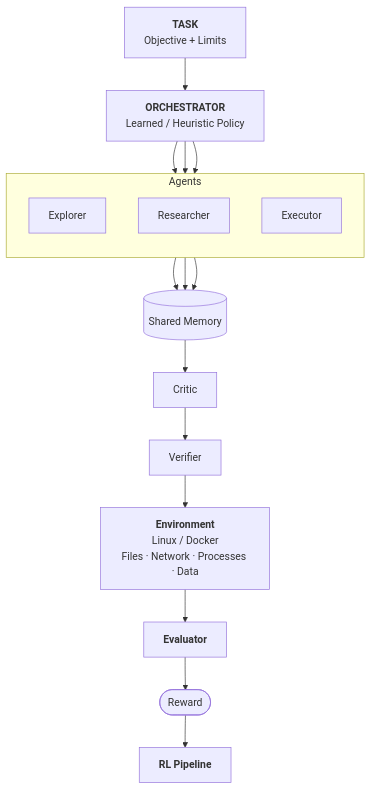
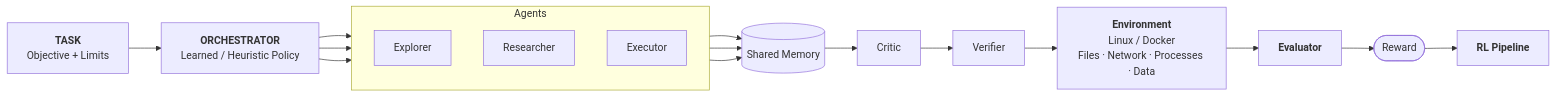
One commit to rahul02-dat/agent-arena changed the diagram in docs/agent_arena_research_platform.md. Above: the diagram before and after it, drawn with Mermaid.

````diff
--- a/docs/agent_arena_research_platform.md
+++ b/docs/agent_arena_research_platform.md
@@ -69,32 +69,32 @@
 ```mermaid
-flowchart TD
+flowchart LR
     Task["<b>TASK</b><br>Objective + Limits"]
     Orchestrator["<b>ORCHESTRATOR</b><br>Learned / Heuristic Policy"]
     subgraph Agents
         direction TB
         Explorer["Explorer"]
         Researcher["Researcher"]
         Executor["Executor"]
     end
     Memory[("Shared Memory")]
     Critic["Critic"]
     Verifier["Verifier"]
     Environment["<b>Environment</b><br>Linux / Docker<br>Files · Network · Processes · Data"]
     Evaluator["<b>Evaluator</b>"]
     Reward(["Reward"])
     RLPipeline["<b>RL Pipeline</b>"]
     
     Task --> Orchestrator
     Orchestrator --> Explorer
     Orchestrator --> Researcher
     Orchestrator --> Executor
     Explorer --> Memory
     Researcher --> Memory
     Executor --> Memory
     Memory --> Critic
     Critic --> Verifier
     Verifier --> Environment
     Environment --> Evaluator
     Evaluator --> Reward
     Reward --> RLPipeline
 ```
````
